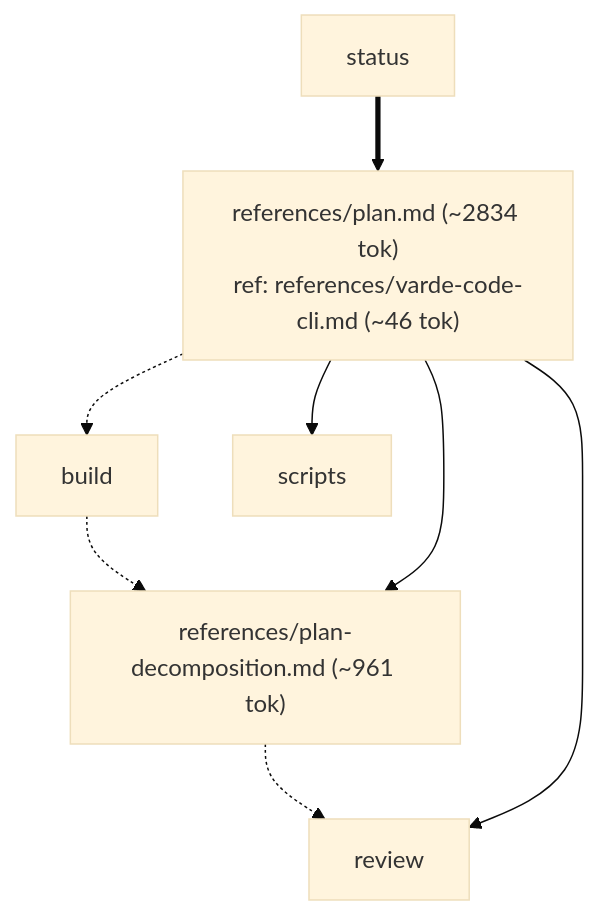
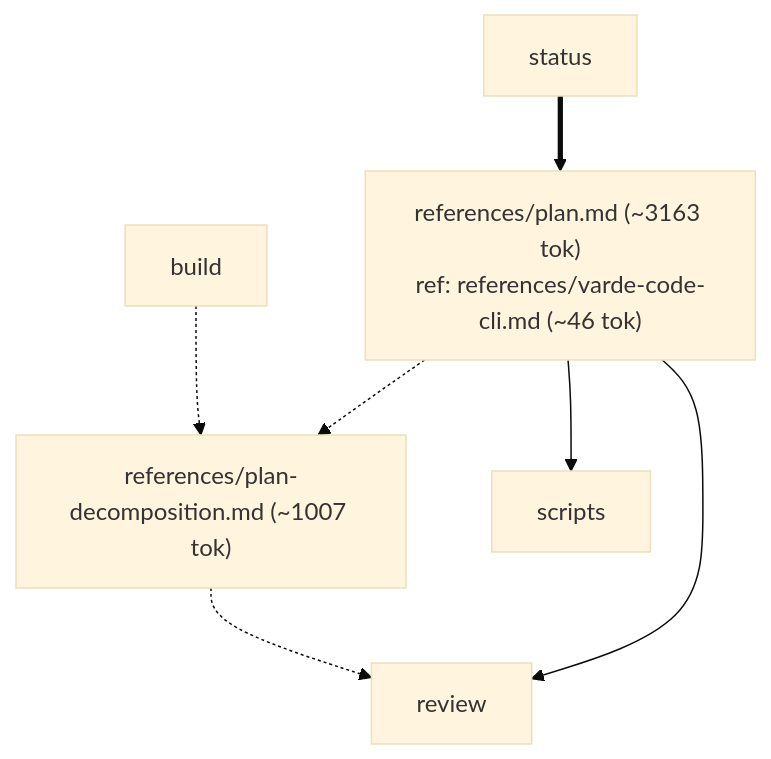
The fifth of 10 diagrams in skills/varde-change/FLOW.md (alecegg/varde), drawn with Mermaid (base theme) before and after one commit. The commit also changed other lines of this file and 269 other files, not shown here.

````diff
--- a/skills/varde-change/FLOW.md
+++ b/skills/varde-change/FLOW.md
@@ -119,16 +131,15 @@
 ```mermaid
 flowchart TD
-  n0["references/plan-decomposition.md (~961 tok)"]
-  n1["references/plan.md (~2834 tok)<br/>ref: references/varde-code-cli.md (~46 tok)"]
+  n0["references/plan-decomposition.md (~1007 tok)"]
+  n1["references/plan.md (~3163 tok)<br/>ref: references/varde-code-cli.md (~46 tok)"]
   n2["build"]
   n3["review"]
   n4["scripts"]
   n5["status"]
   n2 -.-> n0
   n0 -.-> n3
-  n1 -.-> n2
-  n1 --> n0
+  n1 -.-> n0
   n1 --> n3
   n1 --> n4
   n5 ==> n1
 ```
````
